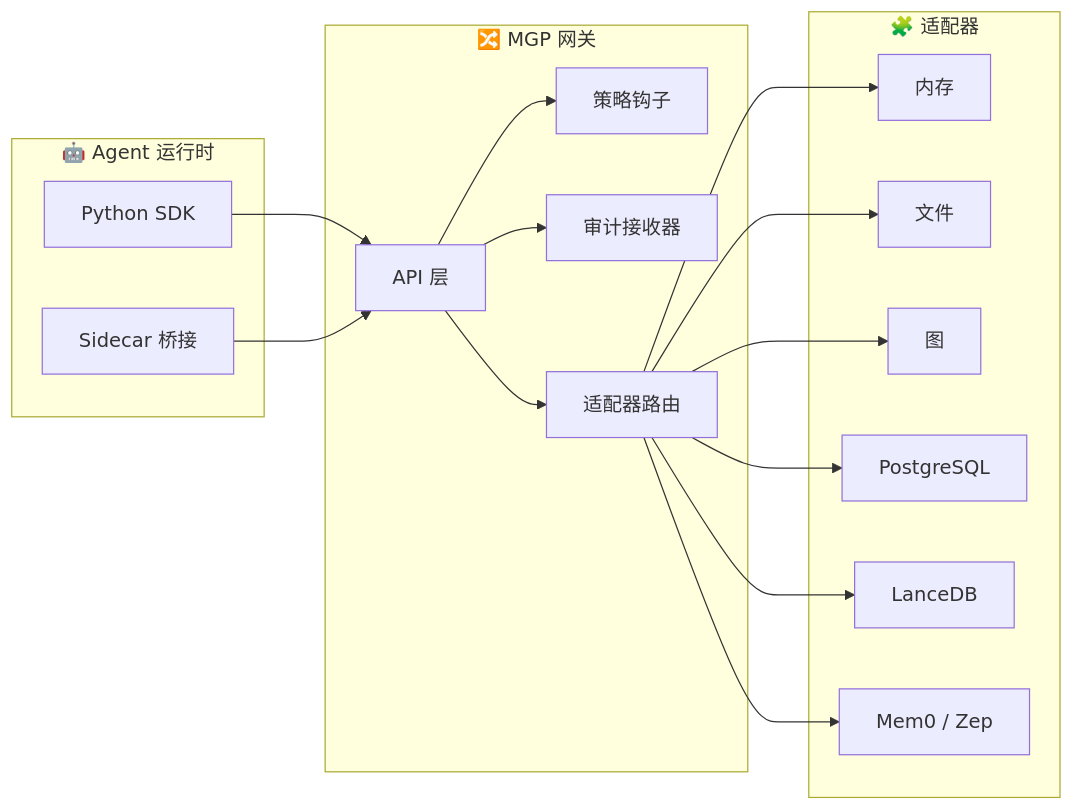
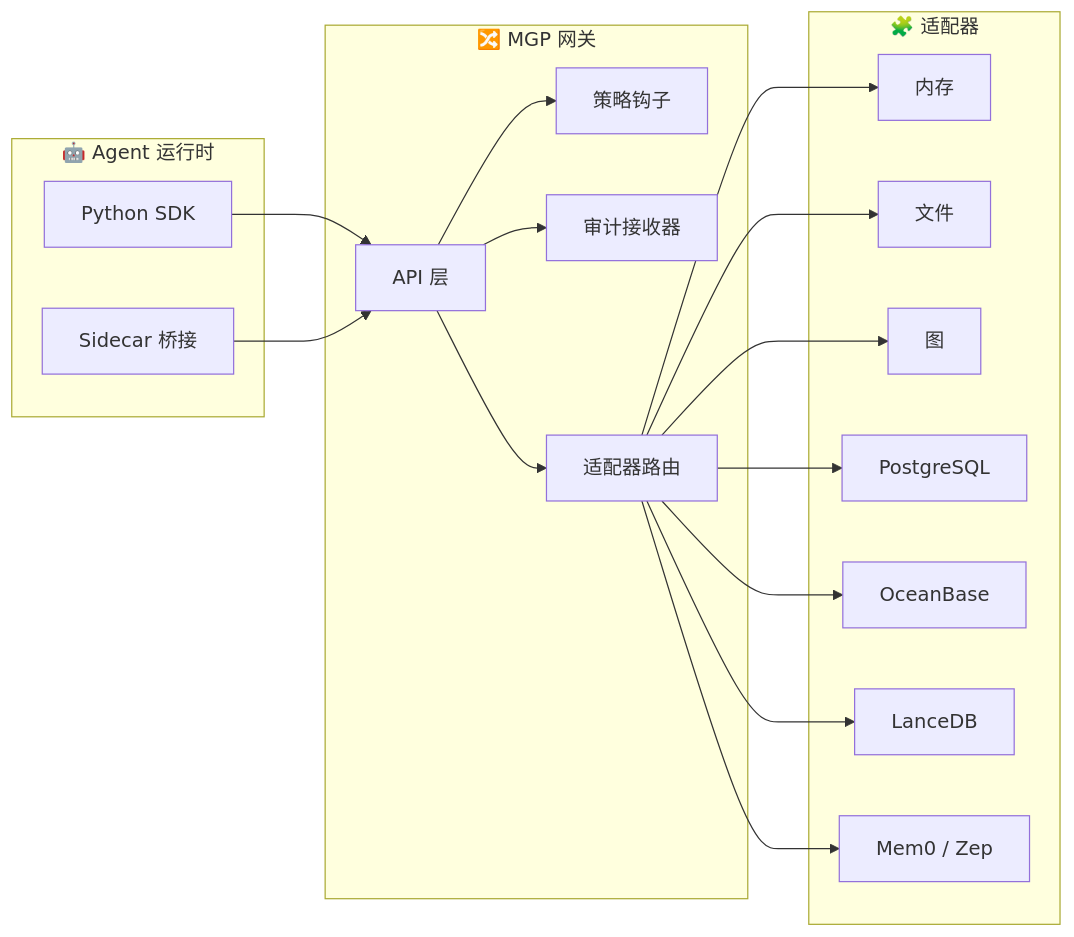
One commit to HKUDS/MGP changed the diagram in README.zh.md. Above: the diagram before and after it, drawn with Mermaid. The commit also changed other lines of this file and 17 other files, not shown here.

````diff
--- a/README.zh.md
+++ b/README.zh.md
@@ -27,35 +27,37 @@
 ```mermaid
 flowchart LR
   subgraph runtime ["🤖 Agent 运行时"]
     sdk[Python SDK]
     sidecar[Sidecar 桥接]
   end
 
   subgraph gateway ["🔀 MGP 网关"]
     api[API 层]
     policy[策略钩子]
     audit[审计接收器]
     router[适配器路由]
   end
 
   subgraph adapters ["🧩 适配器"]
     mem[内存]
     file[文件]
     graphAdapter[图]
     pg[PostgreSQL]
+    ob[OceanBase]
     lance[LanceDB]
     ext["Mem0 / Zep"]
   end
 
   sdk --> api
   sidecar --> api
   api --> policy
   api --> audit
   api --> router
   router --> mem
   router --> file
   router --> graphAdapter
   router --> pg
+  router --> ob
   router --> lance
   router --> ext
 ```
````
